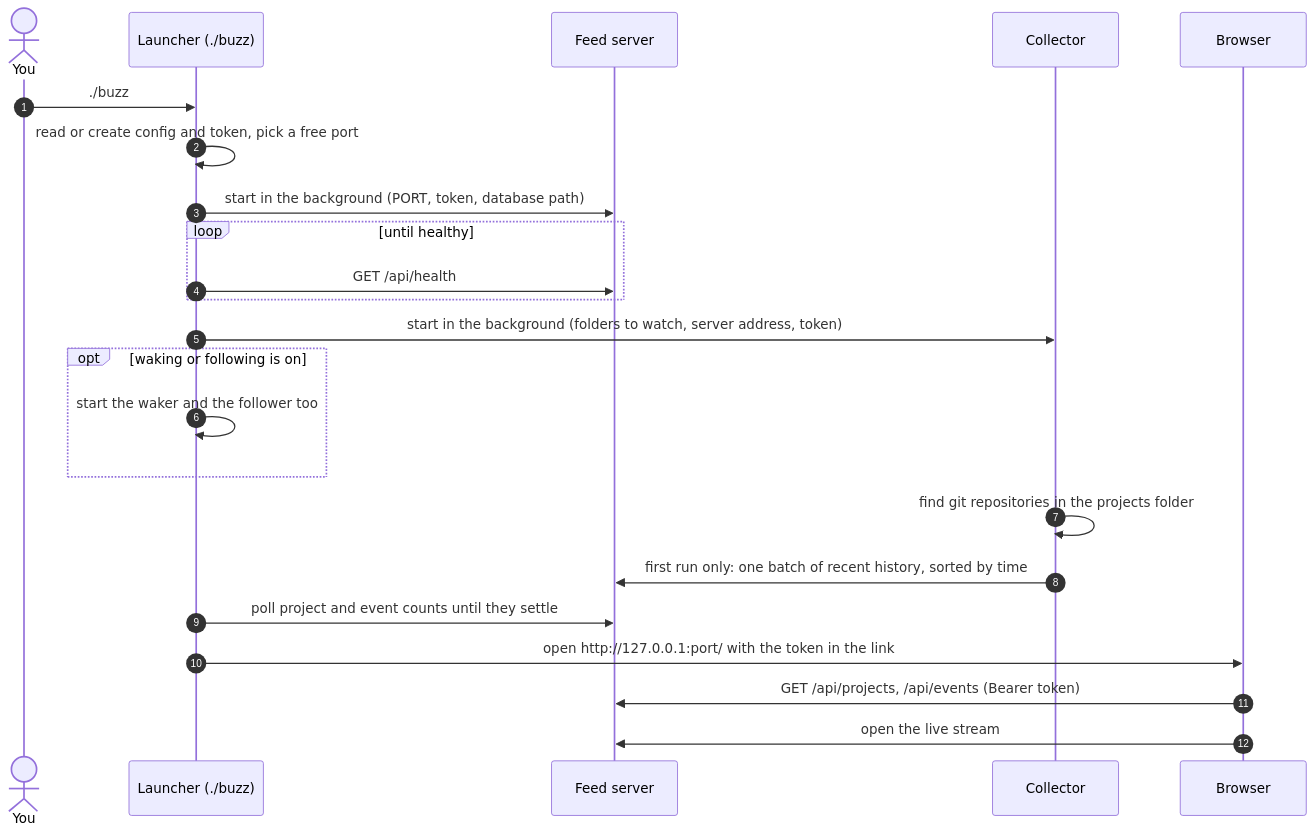
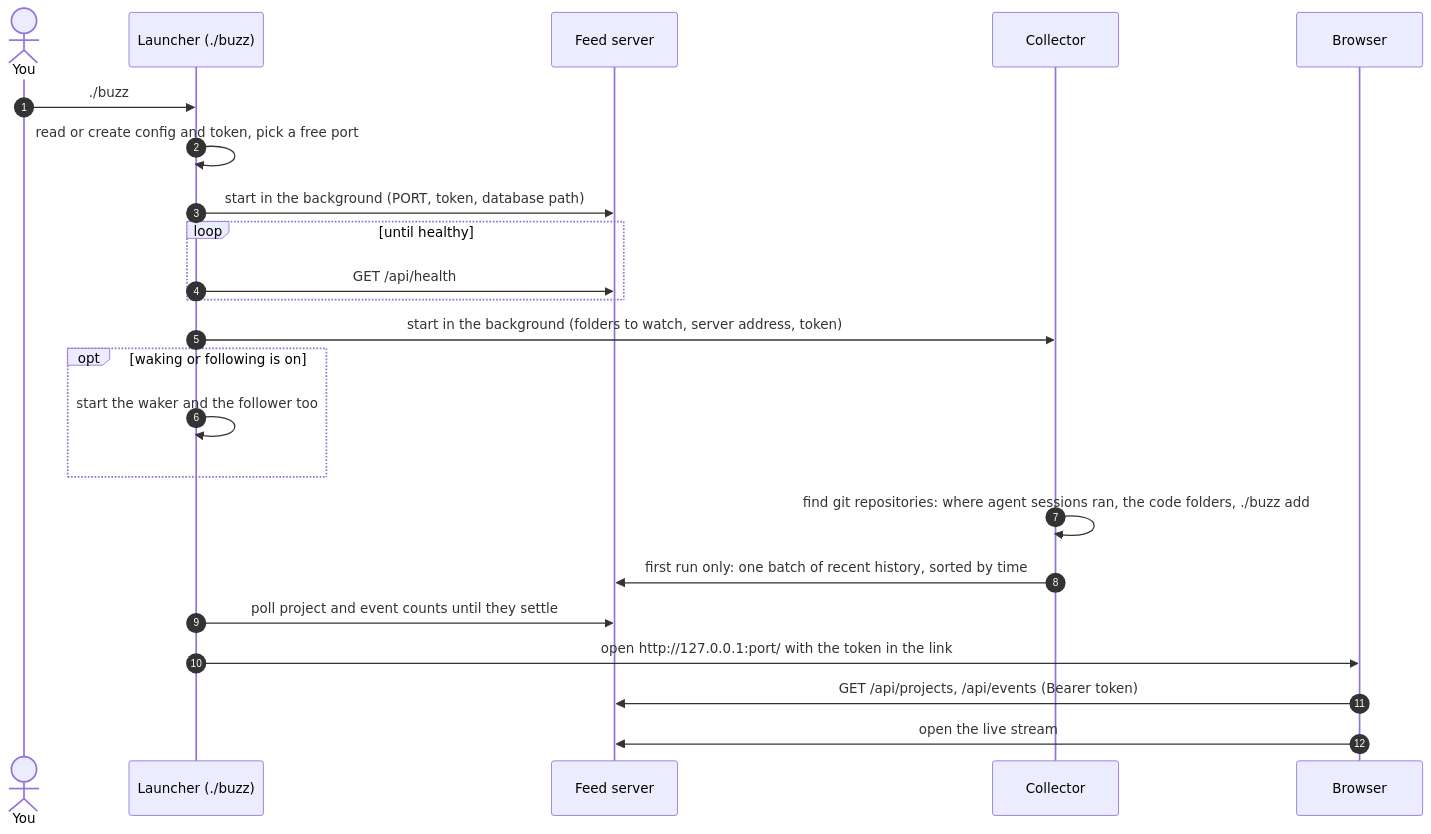
Before and after one commit to tathagata/agentsbuzz: the fourth of 9 diagrams in docs/architecture.md, drawn with Mermaid. The commit also changed 12 other files, not shown here.

First line of the commit message:
Find projects from agent history, wherever they live (#2)

````diff
--- a/docs/architecture.md
+++ b/docs/architecture.md
@@ -174,26 +174,26 @@
 ```mermaid
 sequenceDiagram
   autonumber
   actor You
   participant L as Launcher (./buzz)
   participant S as Feed server
   participant C as Collector
   participant B as Browser
 
   You->>L: ./buzz
   L->>L: read or create config and token, pick a free port
   L->>S: start in the background (PORT, token, database path)
   loop until healthy
     L->>S: GET /api/health
   end
   L->>C: start in the background (folders to watch, server address, token)
   opt waking or following is on
     L->>L: start the waker and the follower too
   end
-  C->>C: find git repositories in the projects folder
+  C->>C: find git repositories: where agent sessions ran, the code folders, ./buzz add
   C->>S: first run only: one batch of recent history, sorted by time
   L->>S: poll project and event counts until they settle
   L->>B: open http://127.0.0.1:port/ with the token in the link
   B->>S: GET /api/projects, /api/events (Bearer token)
   B->>S: open the live stream
 ```
````
